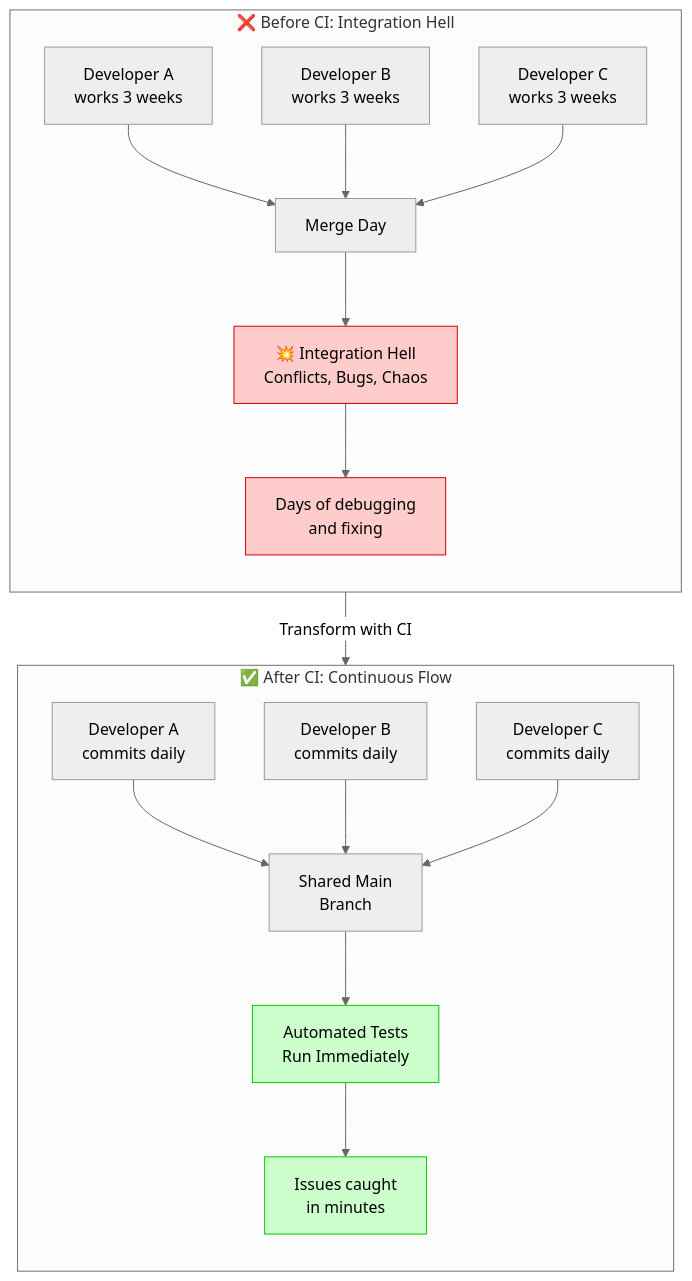
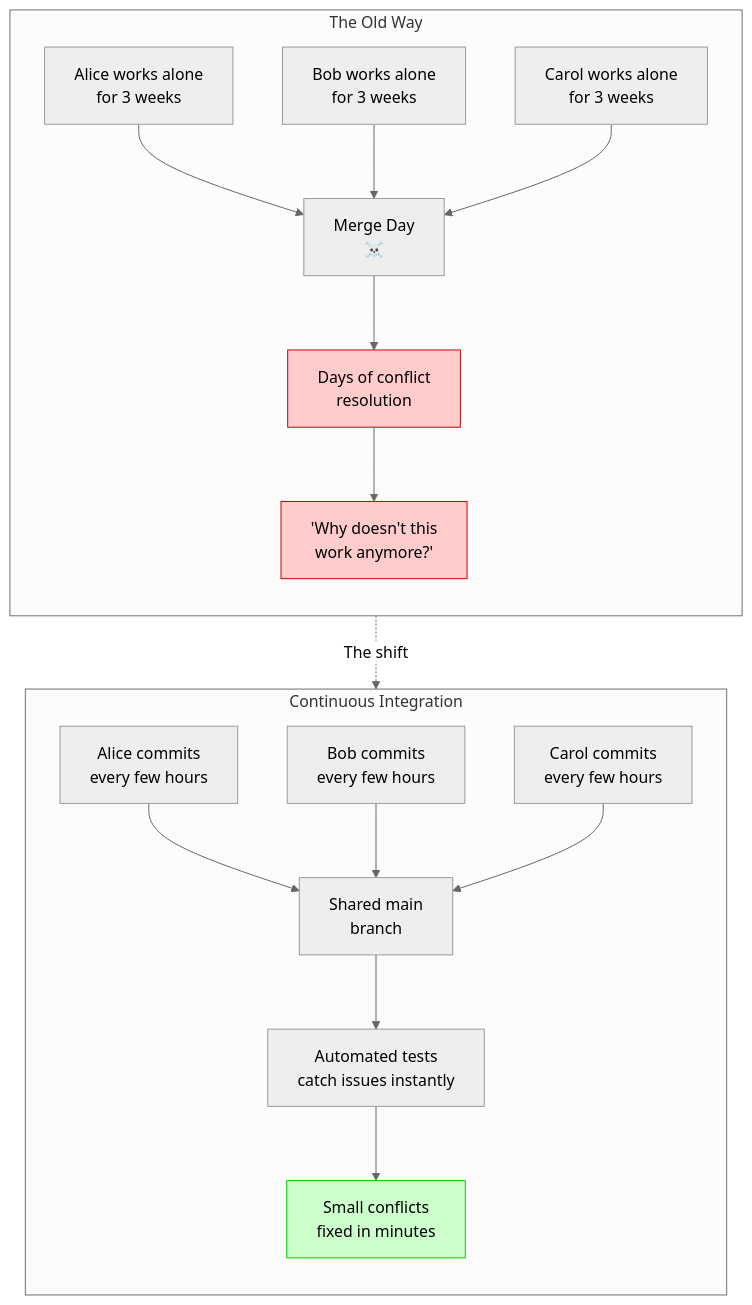
The first of 2 diagrams in docs/cicd/introduction.md (shivam-g-mishra/blog), drawn with Mermaid before and after one commit. The commit also changed other lines of this file, not shown here.

````diff
--- a/docs/cicd/introduction.md
+++ b/docs/cicd/introduction.md
@@ -38,28 +38,27 @@
 ```mermaid
 %%{init: {'theme': 'neutral'}}%%
 flowchart TB
-    subgraph before["❌ Before CI: Integration Hell"]
+    subgraph before["The Old Way"]
         direction TB
-        A1[Developer A<br/>works 3 weeks] --> M1[Merge Day]
-        B1[Developer B<br/>works 3 weeks] --> M1
-        C1[Developer C<br/>works 3 weeks] --> M1
-        M1 --> X1[💥 Integration Hell<br/>Conflicts, Bugs, Chaos]
-        X1 --> F1[Days of debugging<br/>and fixing]
+        A1["Alice works alone<br/>for 3 weeks"] --> M1["Merge Day<br/>☠️"]
+        B1["Bob works alone<br/>for 3 weeks"] --> M1
+        C1["Carol works alone<br/>for 3 weeks"] --> M1
+        M1 --> X1["Days of conflict<br/>resolution"]
+        X1 --> F1["'Why doesn't this<br/>work anymore?'"]
     end
     
-    subgraph after["✅ After CI: Continuous Flow"]
+    subgraph after["Continuous Integration"]
         direction TB
-        A2[Developer A<br/>commits daily] --> M2[Shared Main<br/>Branch]
-        B2[Developer B<br/>commits daily] --> M2
-        C2[Developer C<br/>commits daily] --> M2
-        M2 --> T2[Automated Tests<br/>Run Immediately]
-        T2 --> G2[Issues caught<br/>in minutes]
+        A2["Alice commits<br/>every few hours"] --> M2["Shared main<br/>branch"]
+        B2["Bob commits<br/>every few hours"] --> M2
+        C2["Carol commits<br/>every few hours"] --> M2
+        M2 --> T2["Automated tests<br/>catch issues instantly"]
+        T2 --> G2["Small conflicts<br/>fixed in minutes"]
     end
     
-    before --> |"Transform with CI"| after
+    before -.-> |"The shift"| after
 
     style X1 fill:#ffcccc,stroke:#cc0000
     style F1 fill:#ffcccc,stroke:#cc0000
     style G2 fill:#ccffcc,stroke:#00cc00
-    style T2 fill:#ccffcc,stroke:#00cc00
 ```
````
